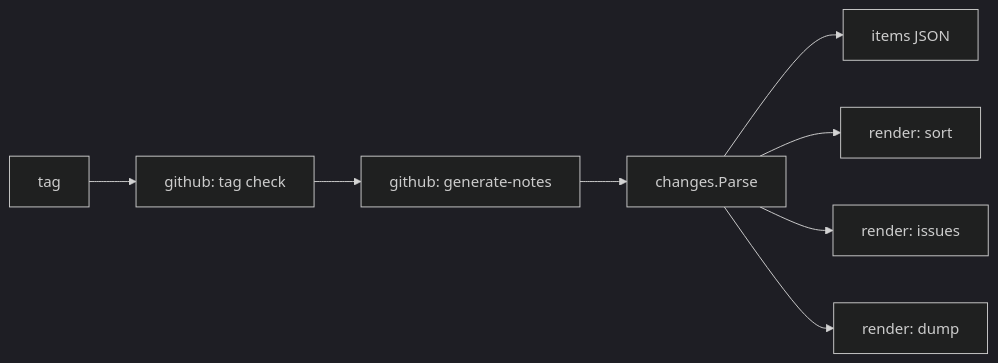
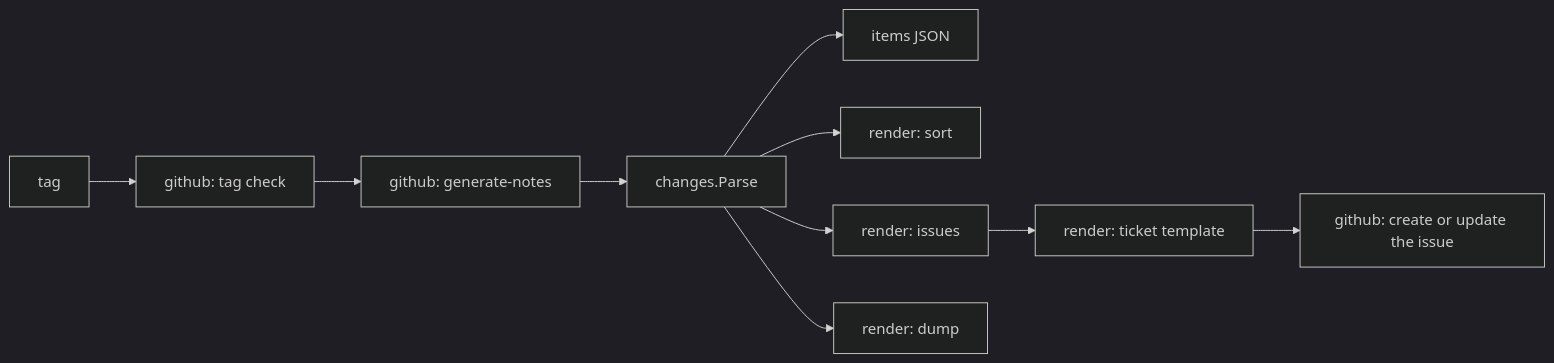
One commit to specsnl/gh-release-changes changed the diagram in docs/content/docs/architecture/overview.md. Above: the diagram before and after it, drawn with Mermaid (dark theme). The commit also changed other lines of this file and 21 other files, not shown here.

First line of the commit message:
Add the ticket command to create and update the release issue

````diff
--- a/docs/content/docs/architecture/overview.md
+++ b/docs/content/docs/architecture/overview.md
@@ -51,10 +54,12 @@
 ```mermaid
 flowchart LR
   A[tag] --> B[github: tag check]
   B --> C[github: generate-notes]
   C --> D[changes.Parse]
   D --> E[items JSON]
   D --> F[render: sort]
   D --> G[render: issues]
   D --> H[render: dump]
+  G --> I[render: ticket template]
+  I --> J[github: create or update the issue]
 ```
````
